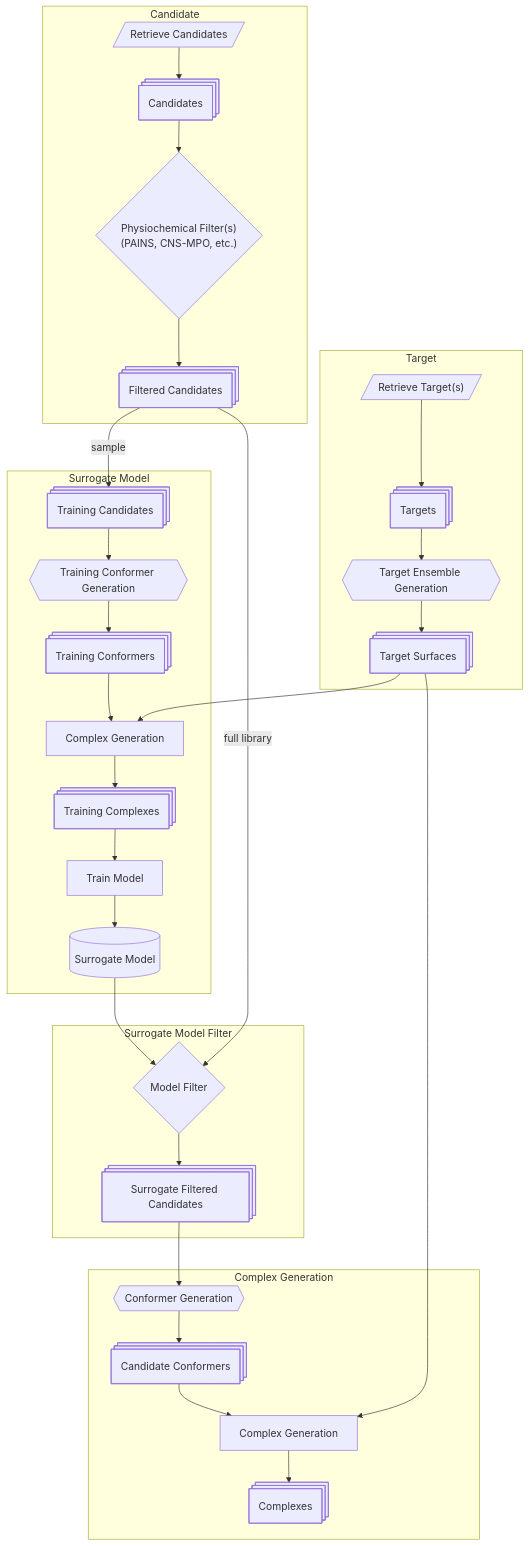
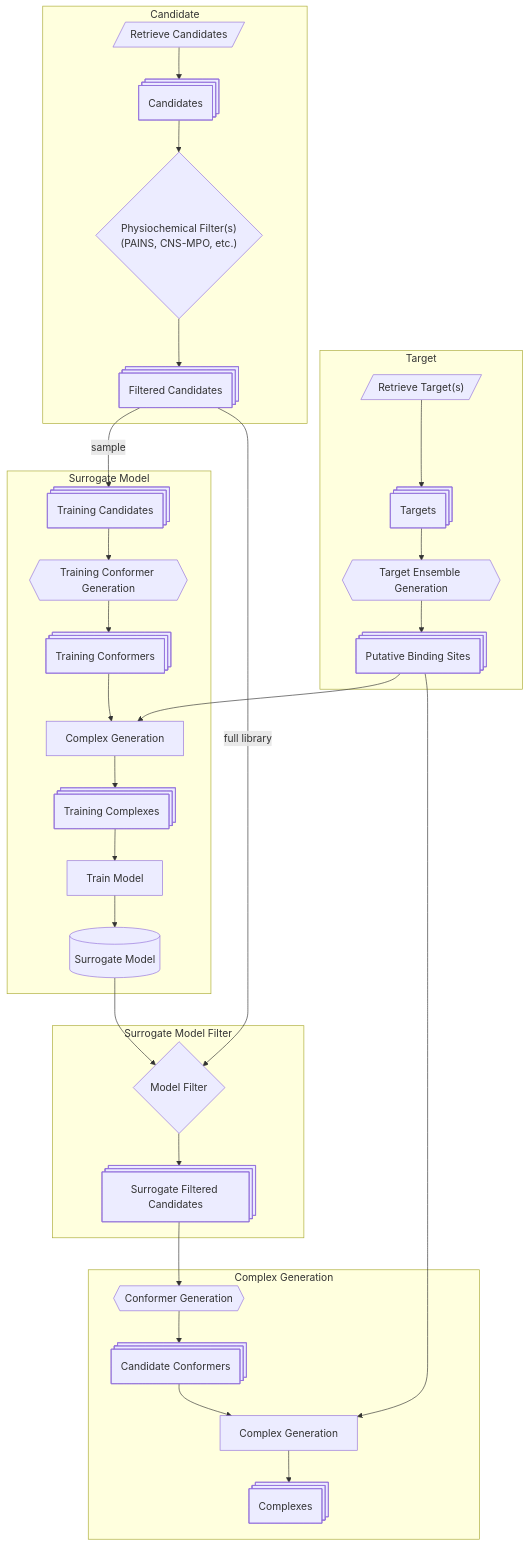
One commit to mmicatka/lynceus changed the diagram in README.md. Above: the diagram before and after it, drawn with Mermaid. The commit also changed 25 other files, not shown here.

First line of the commit message:
Putative binding sites (#15)

````diff
--- a/README.md
+++ b/README.md
@@ -15,48 +15,47 @@
 ```mermaid
 
 flowchart TD
 
   subgraph Target
-
     RetrieveTargets[/"Retrieve Target(s)"/] --> Targets@{ shape: st-rect, label: "Targets" }
     Targets --> EnsembleGeneration{{"Target Ensemble Generation"}}
-    EnsembleGeneration --> TargetSurfaces@{shape: st-rect, label: "Target Surfaces"}
+    EnsembleGeneration --> PutativeBindingSites@{shape: st-rect, label: "Putative Binding Sites"}
   end
 
   subgraph Candidate
     RetrieveCandidates[/"Retrieve Candidates"/] --> Candidates@{ shape: st-rect, label: "Candidates" }
     Candidates --> PhysioChemFilter{"Physiochemical Filter(s)<br>(PAINS, CNS-MPO, etc.)"}
     PhysioChemFilter --> PhysioChemFilteredCandidates@{shape: st-rect, label: "Filtered Candidates"}
   end
 
   subgraph Surrogate Model
     PhysioChemFilteredCandidates -- "sample" --> TrainingCandidates@{ shape: st-rect, label: "Training Candidates" }
     TrainingCandidates --> TrainingConformerGeneration{{"Training Conformer Generation"}}
     TrainingConformerGeneration --> TrainingConformers@{shape: st-rect, label: "Training Conformers"}
 
     TrainingConformers --> ModelComplexGeneration["Complex Generation"]
-    TargetSurfaces --> ModelComplexGeneration
+    PutativeBindingSites --> ModelComplexGeneration
 
     ModelComplexGeneration --> TrainingComplexes@{shape: st-rect, label: "Training Complexes"}
 
     TrainingComplexes --> TrainModel["Train Model"]
     TrainModel --> SurrogateModel@{shape: cyl, label: "Surrogate Model"}
   end
 
   subgraph Surrogate Model Filter
     SurrogateModel --> SurrogateModelFilter{"Model Filter"}
     PhysioChemFilteredCandidates -- "full library" --> SurrogateModelFilter
     SurrogateModelFilter --> SurrogateFilteredCandidates@{shape: st-rect, label: "Surrogate Filtered Candidates"}
   end
 
   subgraph Complex Generation
     SurrogateFilteredCandidates --> SurrogateFilteredCandidateConformerGeneration{{"Conformer Generation"}}
     SurrogateFilteredCandidateConformerGeneration --> CandidateConformers@{ shape: st-rect, label: "Candidate Conformers"}
 
     CandidateConformers --> ComplexGeneration["Complex Generation"]
-    TargetSurfaces --> ComplexGeneration
+    PutativeBindingSites --> ComplexGeneration
 
     ComplexGeneration --> Complexes@{shape: st-rect, label: "Complexes"}
   end
 
 ```
````
